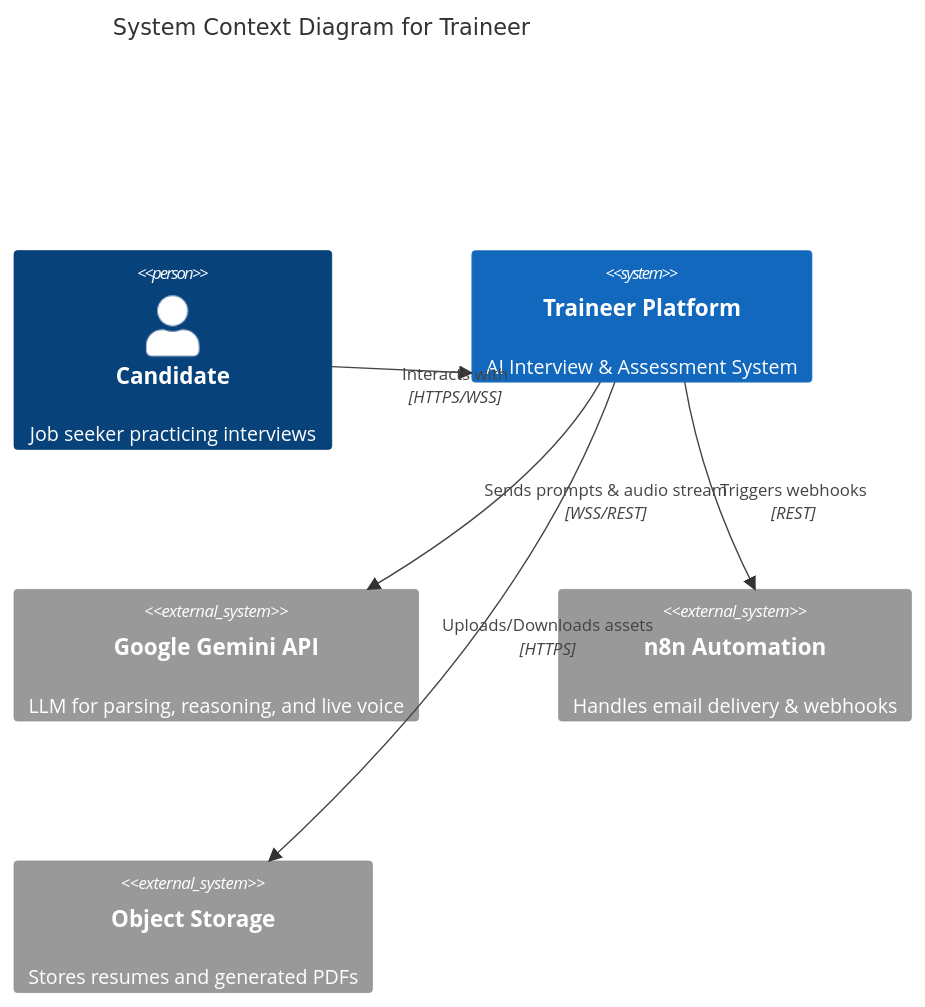
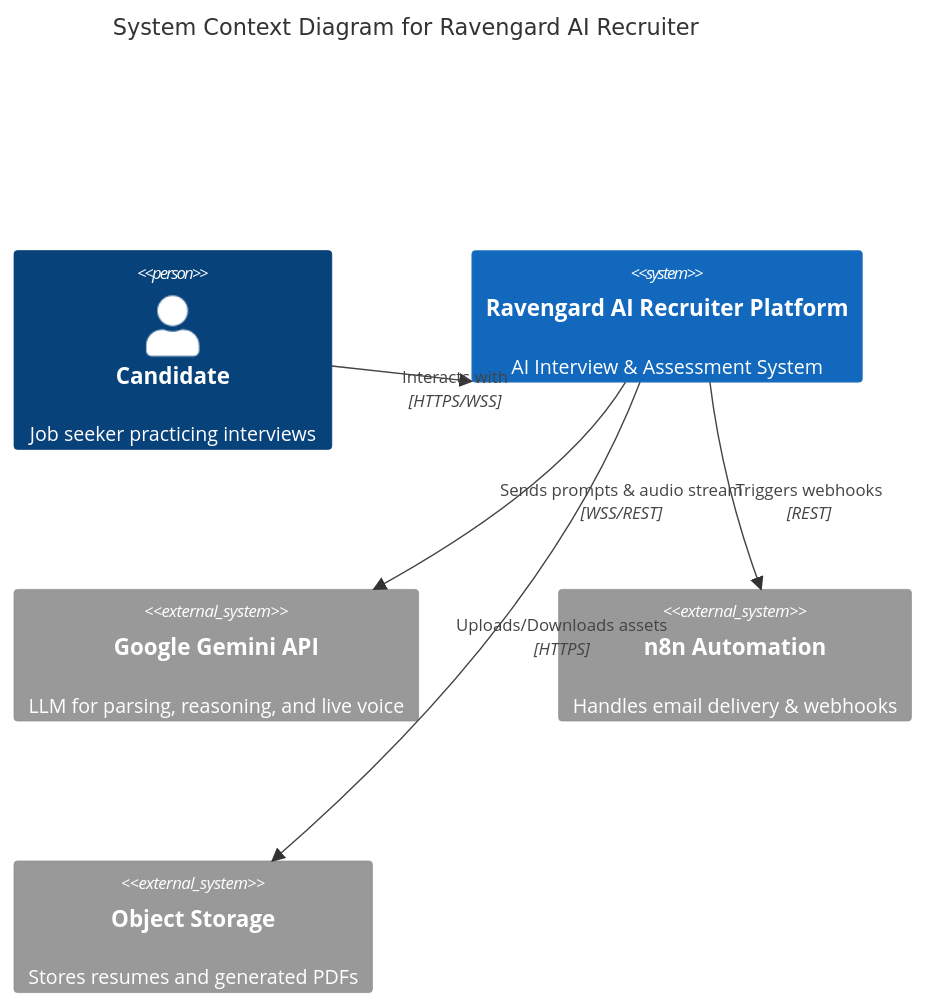
One commit to Kartik-Doye/Ravengard-AI-Recruiter changed the diagram in docs/SAD.md. Above: the diagram before and after it, drawn with Mermaid. The commit also changed other lines of this file and 57 other files, not shown here.

First line of the commit message:
feat: rebrand to Ravengard AI Recruiter

````diff
--- a/docs/SAD.md
+++ b/docs/SAD.md
@@ -8,17 +8,17 @@
 ```mermaid
 C4Context
-    title System Context Diagram for Traineer
+    title System Context Diagram for Ravengard AI Recruiter
     
     Person(candidate, "Candidate", "Job seeker practicing interviews")
     
-    System(traineer, "Traineer Platform", "AI Interview & Assessment System")
+    System(ravengard, "Ravengard AI Recruiter Platform", "AI Interview & Assessment System")
     
     System_Ext(gemini, "Google Gemini API", "LLM for parsing, reasoning, and live voice")
     System_Ext(n8n, "n8n Automation", "Handles email delivery & webhooks")
     System_Ext(s3, "Object Storage", "Stores resumes and generated PDFs")
     
-    Rel(candidate, traineer, "Interacts with", "HTTPS/WSS")
-    Rel(traineer, gemini, "Sends prompts & audio stream", "WSS/REST")
-    Rel(traineer, n8n, "Triggers webhooks", "REST")
-    Rel(traineer, s3, "Uploads/Downloads assets", "HTTPS")
+    Rel(candidate, ravengard, "Interacts with", "HTTPS/WSS")
+    Rel(ravengard, gemini, "Sends prompts & audio stream", "WSS/REST")
+    Rel(ravengard, n8n, "Triggers webhooks", "REST")
+    Rel(ravengard, s3, "Uploads/Downloads assets", "HTTPS")
 ```
````
